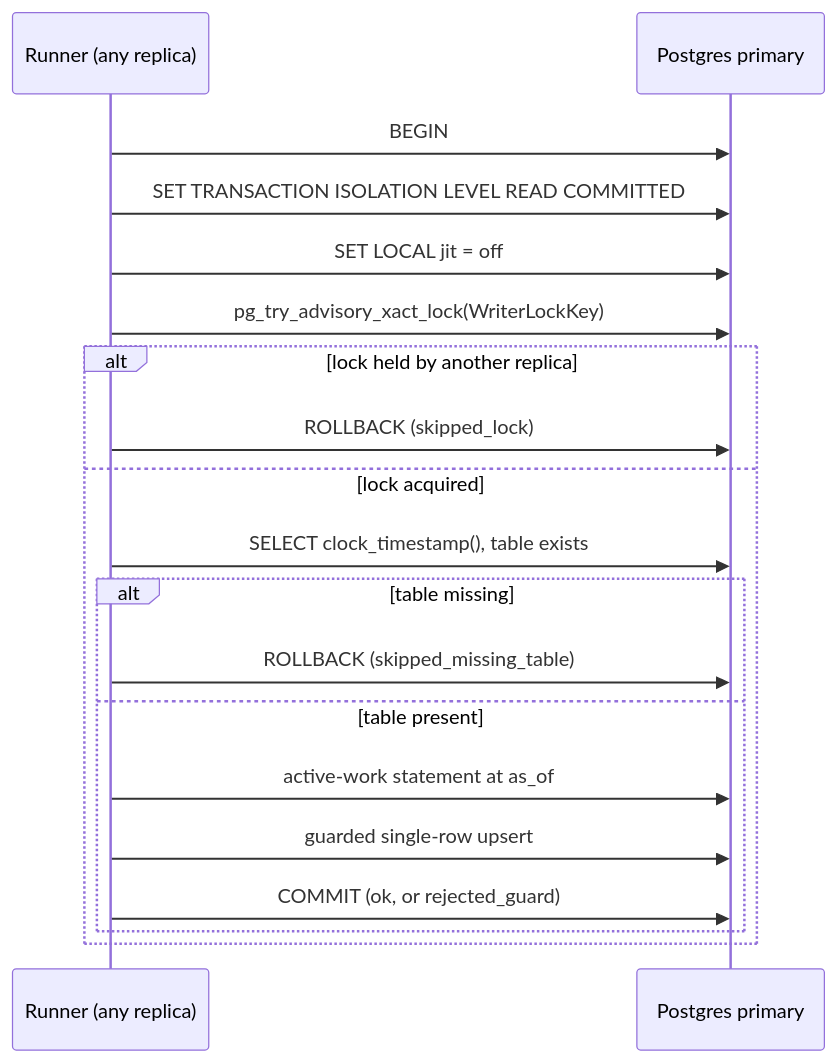
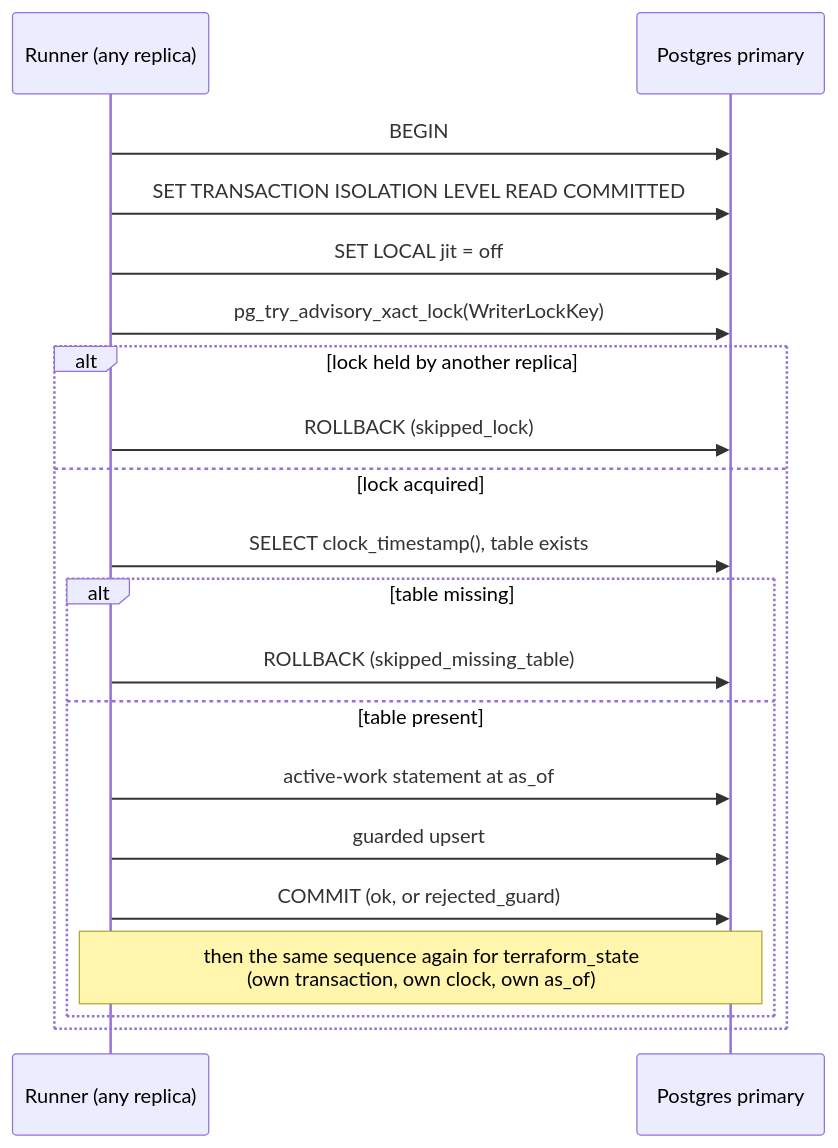
Before and after one commit to eshu-hq/eshu: the diagram in go/internal/reducer/status/summary/README.md, drawn with Mermaid. The commit also changed other lines of this file and 66 other files, not shown here.

First line of the commit message:
status: stored summary row for the Terraform-state evidence, with a source marker (#7688)

````diff
--- a/go/internal/reducer/status/summary/README.md
+++ b/go/internal/reducer/status/summary/README.md
@@ -27,21 +34,22 @@
 ```mermaid
 sequenceDiagram
     participant R as Runner (any replica)
     participant P as Postgres primary
     R->>P: BEGIN
     R->>P: SET TRANSACTION ISOLATION LEVEL READ COMMITTED
     R->>P: SET LOCAL jit = off
     R->>P: pg_try_advisory_xact_lock(WriterLockKey)
     alt lock held by another replica
         R->>P: ROLLBACK (skipped_lock)
     else lock acquired
         R->>P: SELECT clock_timestamp(), table exists
         alt table missing
             R->>P: ROLLBACK (skipped_missing_table)
         else table present
             R->>P: active-work statement at as_of
-            R->>P: guarded single-row upsert
+            R->>P: guarded upsert
             R->>P: COMMIT (ok, or rejected_guard)
+            Note over R,P: then the same sequence again for terraform_state<br/>(own transaction, own clock, own as_of)
         end
     end
 ```
````
